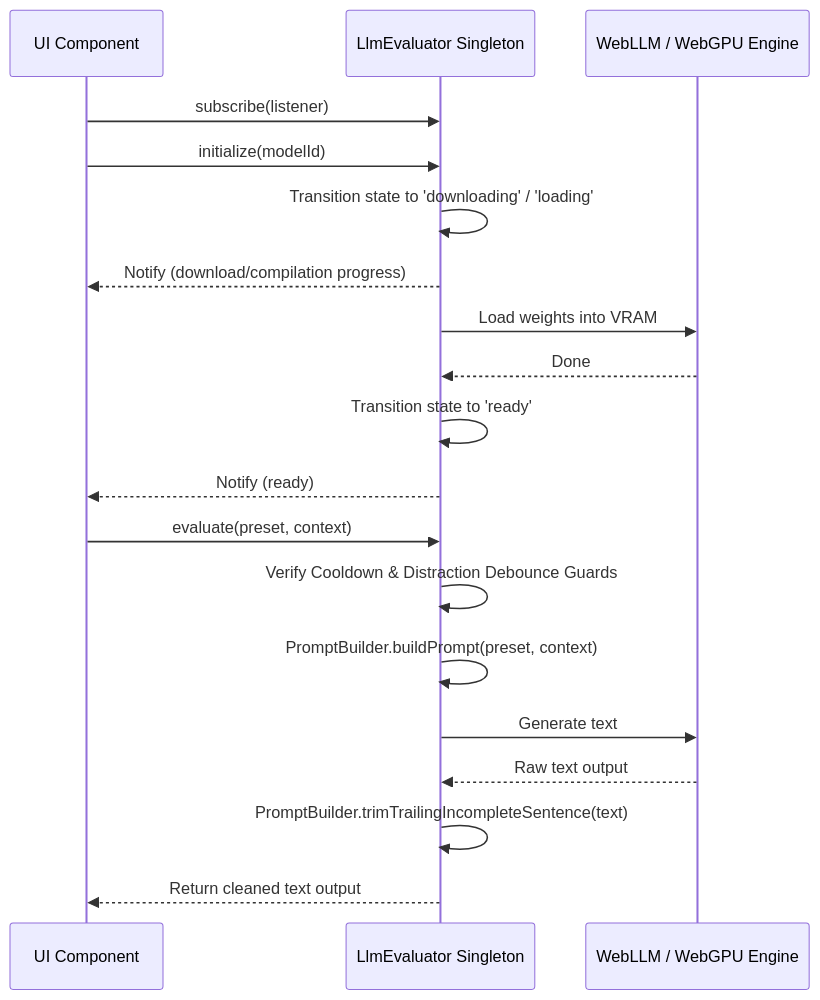
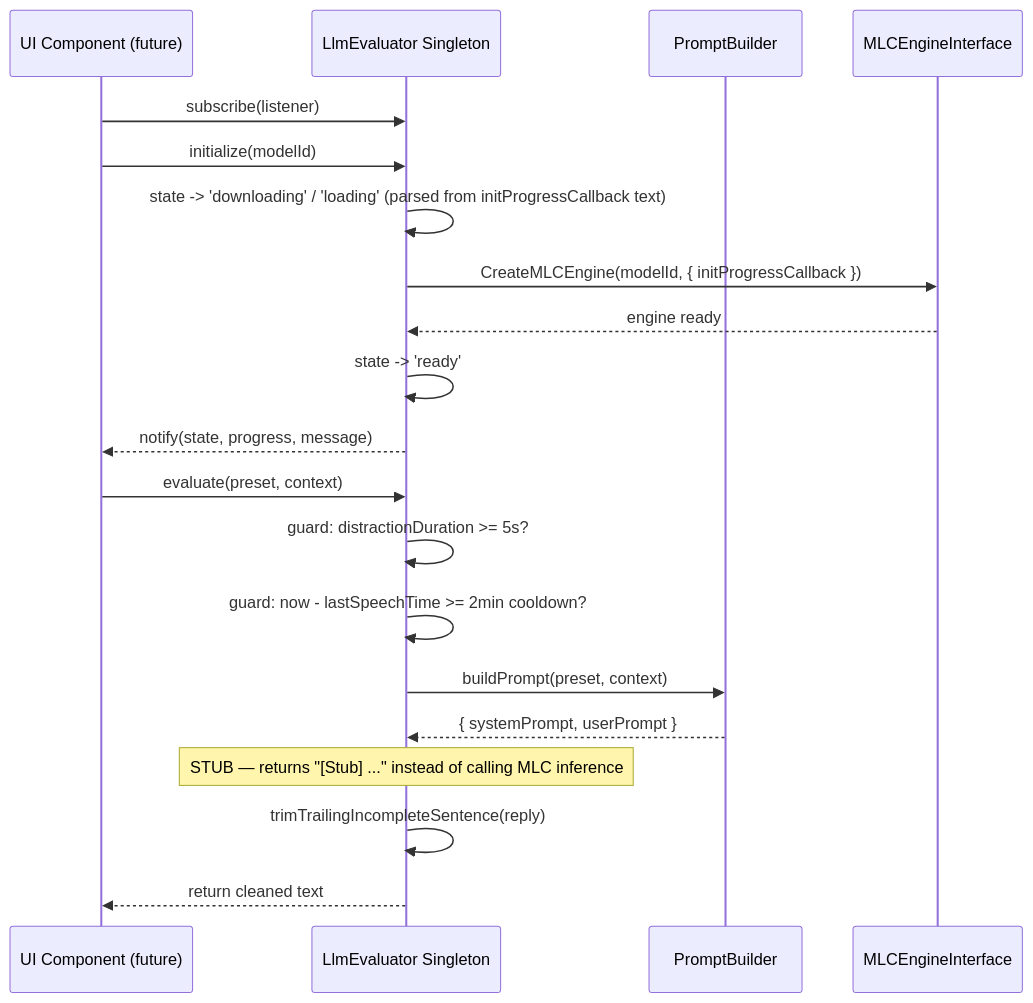
One commit to Masterslayer7/FocusSentinel changed the second of 2 diagrams in src/renderer/services/llm/CONTEXT.md. Above: the diagram before and after it, drawn with Mermaid. The commit also changed other lines of this file and 4 other files, not shown here.

````diff
--- a/src/renderer/services/llm/CONTEXT.md
+++ b/src/renderer/services/llm/CONTEXT.md
@@ -37,23 +37,24 @@
 ```mermaid
 sequenceDiagram
-    participant UI as UI Component
+    participant UI as UI Component (future)
     participant LE as LlmEvaluator Singleton
-    participant MLC as WebLLM / WebGPU Engine
-    
+    participant PB as PromptBuilder
+    participant MLC as MLCEngineInterface
+
     UI->>LE: subscribe(listener)
     UI->>LE: initialize(modelId)
-    LE->>LE: Transition state to 'downloading' / 'loading'
-    LE-->>UI: Notify (download/compilation progress)
-    LE->>MLC: Load weights into VRAM
-    MLC-->>LE: Done
-    LE->>LE: Transition state to 'ready'
-    LE-->>UI: Notify (ready)
-    
+    LE->>LE: state -> 'downloading' / 'loading' (parsed from initProgressCallback text)
+    LE->>MLC: CreateMLCEngine(modelId, { initProgressCallback })
+    MLC-->>LE: engine ready
+    LE->>LE: state -> 'ready'
+    LE-->>UI: notify(state, progress, message)
+
     UI->>LE: evaluate(preset, context)
-    LE->>LE: Verify Cooldown & Distraction Debounce Guards
-    LE->>LE: PromptBuilder.buildPrompt(preset, context)
-    LE->>MLC: Generate text
-    MLC-->>LE: Raw text output
-    LE->>LE: PromptBuilder.trimTrailingIncompleteSentence(text)
-    LE-->>UI: Return cleaned text output
+    LE->>LE: guard: distractionDuration >= 5s?
+    LE->>LE: guard: now - lastSpeechTime >= 2min cooldown?
+    LE->>PB: buildPrompt(preset, context)
+    PB-->>LE: { systemPrompt, userPrompt }
+    Note over LE: STUB — returns "[Stub] ..." instead of calling MLC inference
+    LE->>LE: trimTrailingIncompleteSentence(reply)
+    LE-->>UI: return cleaned text
 ```
````
